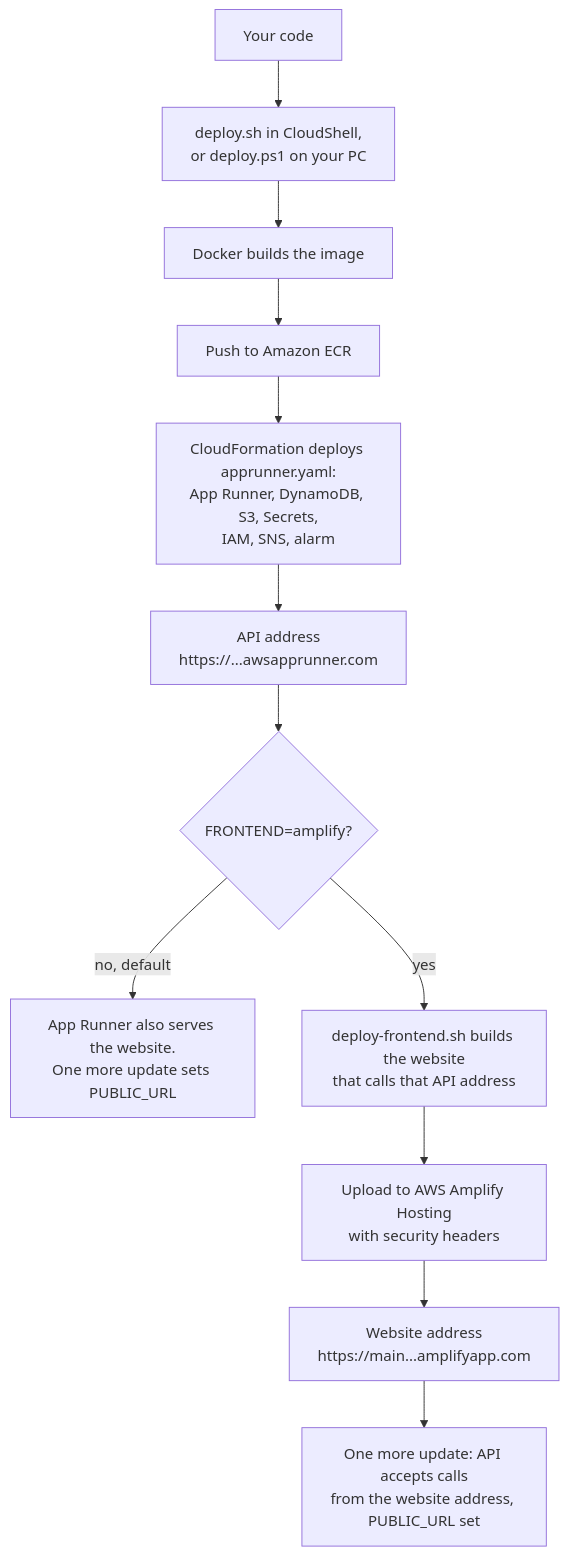
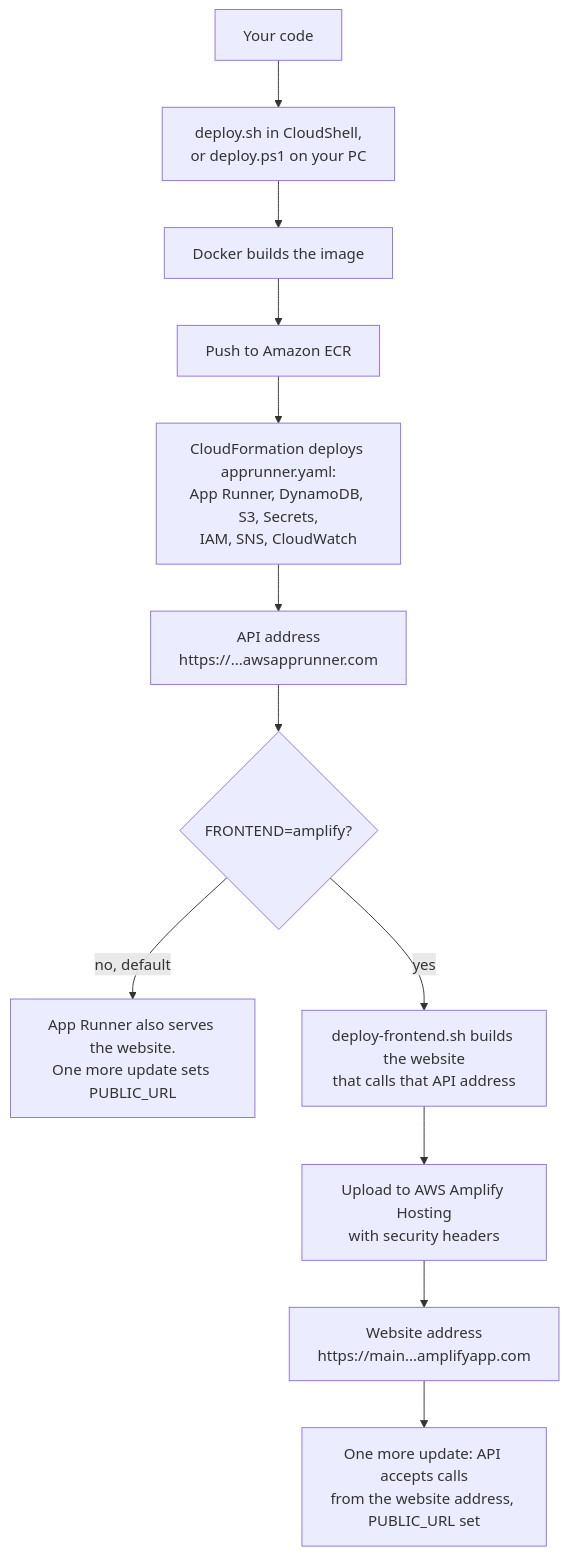
The fifth of 5 diagrams in README.md (VISHALIN-rgm/NabhoNetra), drawn with Mermaid before and after one commit. The commit also changed other lines of this file, not shown here.

````diff
--- a/README.md
+++ b/README.md
@@ -154,14 +183,14 @@
 ```mermaid
 flowchart TD
   A["Your code"] --> B["deploy.sh in CloudShell,<br/>or deploy.ps1 on your PC"]
   B --> C["Docker builds the image"]
   C --> D["Push to Amazon ECR"]
-  D --> E["CloudFormation deploys apprunner.yaml:<br/>App Runner, DynamoDB, S3, Secrets,<br/>IAM, SNS, alarm"]
+  D --> E["CloudFormation deploys apprunner.yaml:<br/>App Runner, DynamoDB, S3, Secrets,<br/>IAM, SNS, CloudWatch"]
   E --> F["API address<br/>https://...awsapprunner.com"]
   F --> G{"FRONTEND=amplify?"}
   G -->|"no, default"| H["App Runner also serves the website.<br/>One more update sets PUBLIC_URL"]
   G -->|"yes"| I["deploy-frontend.sh builds the website<br/>that calls that API address"]
   I --> J["Upload to AWS Amplify Hosting<br/>with security headers"]
   J --> K["Website address<br/>https://main...amplifyapp.com"]
   K --> L["One more update: API accepts calls<br/>from the website address, PUBLIC_URL set"]
 ```
````
